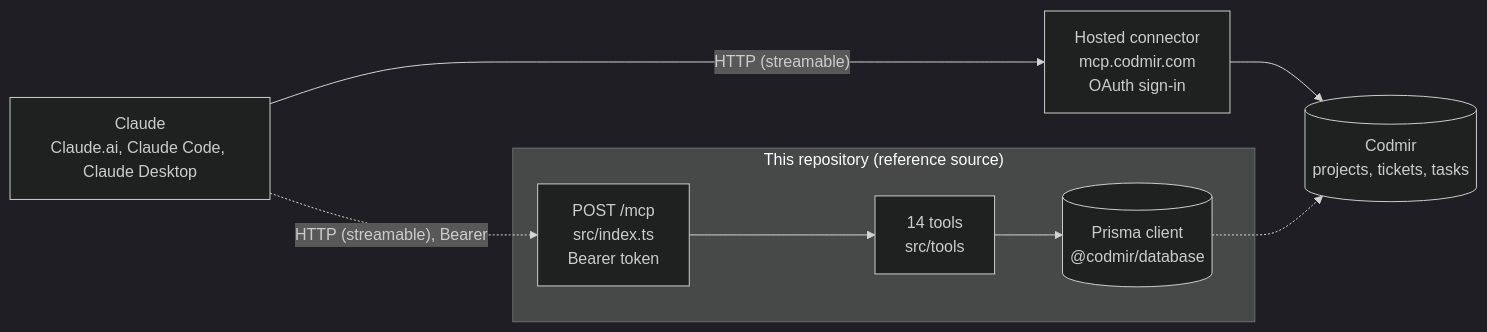
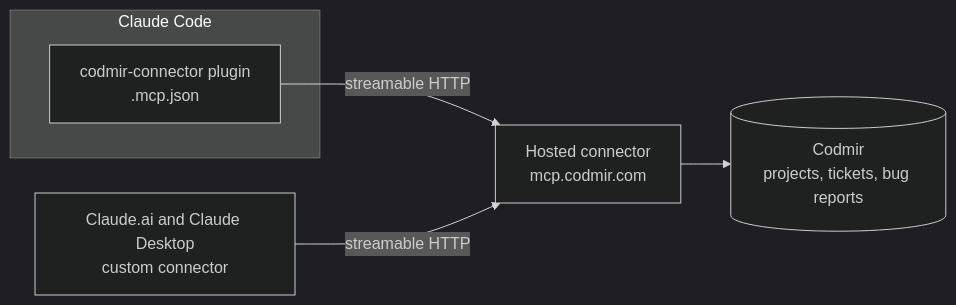
One commit to codmir-labs/mcp-plugin-anthropic changed the first of 2 diagrams in README.md. Above: the diagram before and after it, drawn with Mermaid (dark theme). The commit also changed other lines of this file and 23 other files, not shown here.

First line of the commit message:
feat: make this a working Claude Code plugin for the hosted connector (#2)

````diff
--- a/README.md
+++ b/README.md
@@ -292,15 +367,12 @@
 ```mermaid
 flowchart LR
-    client["Claude<br/>Claude.ai, Claude Code, Claude Desktop"]
-    hosted["Hosted connector<br/>mcp.codmir.com<br/>OAuth sign-in"]
-    codmir[("Codmir<br/>projects, tickets, tasks")]
-    subgraph repo["This repository (reference source)"]
-        srv["POST /mcp<br/>src/index.ts<br/>Bearer token"]
-        tools["14 tools<br/>src/tools"]
-        db[("Prisma client<br/>@codmir/database")]
-        srv --> tools --> db
+    subgraph cc["Claude Code"]
+        plugin["codmir-connector plugin<br/>.mcp.json"]
     end
-    client -->|"HTTP (streamable)"| hosted --> codmir
-    client -.->|"HTTP (streamable), Bearer"| srv
-    db -.-> codmir
+    apps["Claude.ai and Claude Desktop<br/>custom connector"]
+    hosted["Hosted connector<br/>mcp.codmir.com"]
+    codmir[("Codmir<br/>projects, tickets, bug reports")]
+    plugin -->|"streamable HTTP"| hosted
+    apps -->|"streamable HTTP"| hosted
+    hosted --> codmir
 ```
````
